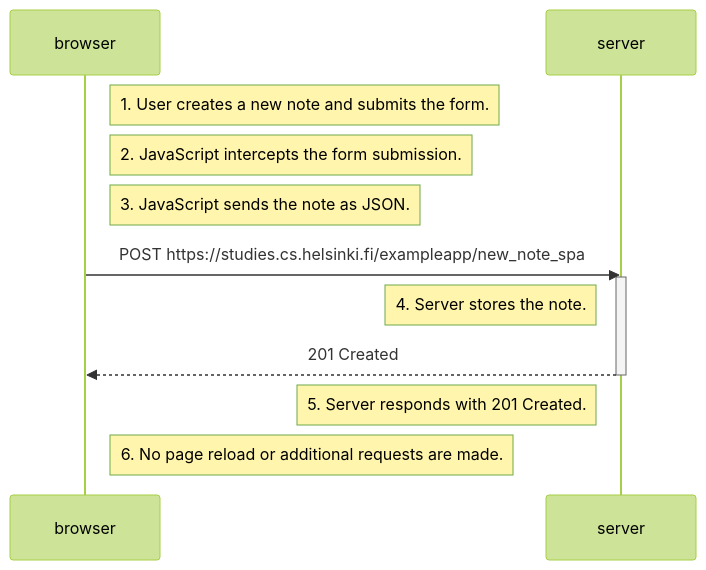
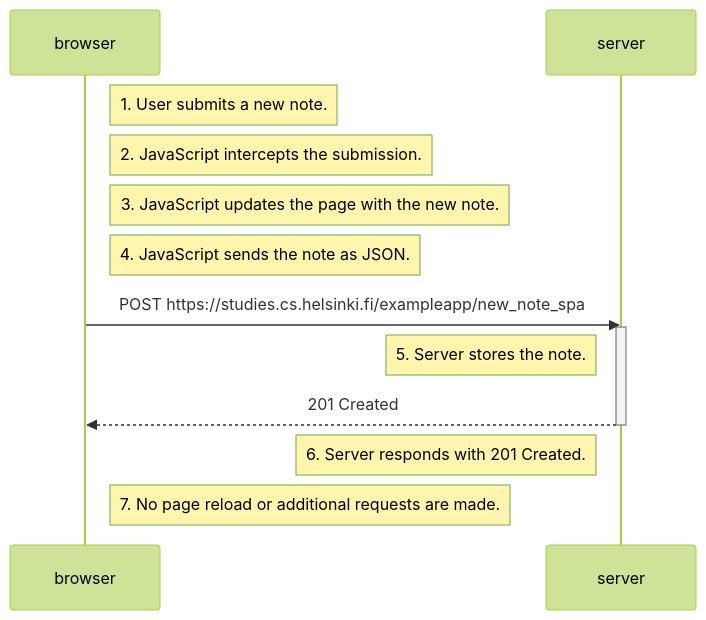
The diagram in osa0/0.6.md (DrFinger2/fullstackopen-2026), drawn with Mermaid (forest theme) before and after one commit.

````diff
--- a/osa0/0.6.md
+++ b/osa0/0.6.md
@@ -1,16 +1,17 @@
 ```mermaid
 sequenceDiagram
     participant browser
     participant server
 
-    Note right of browser: 1. User creates a new note and submits the form.
-    Note right of browser: 2. JavaScript intercepts the form submission.
-    Note right of browser: 3. JavaScript sends the note as JSON.
+    Note right of browser: 1. User submits a new note.
+    Note right of browser: 2. JavaScript intercepts the submission.
+    Note right of browser: 3. JavaScript updates the page with the new note.
+    Note right of browser: 4. JavaScript sends the note as JSON.
     browser->>server: POST https://studies.cs.helsinki.fi/exampleapp/new_note_spa
     activate server
-    Note left of server: 4. Server stores the note.
+    Note left of server: 5. Server stores the note.
     server-->>browser: 201 Created
     deactivate server
-    Note left of server: 5. Server responds with 201 Created.
-    Note right of browser: 6. No page reload or additional requests are made.
+    Note left of server: 6. Server responds with 201 Created.
+    Note right of browser: 7. No page reload or additional requests are made.
 ```
````
